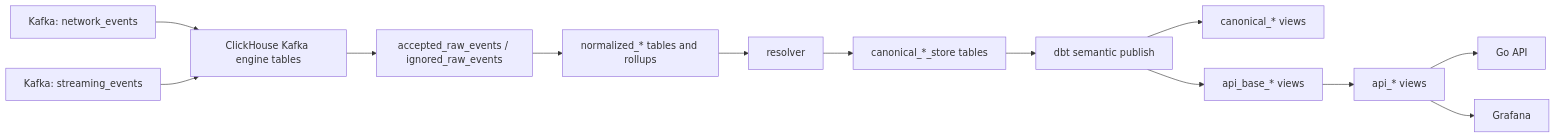
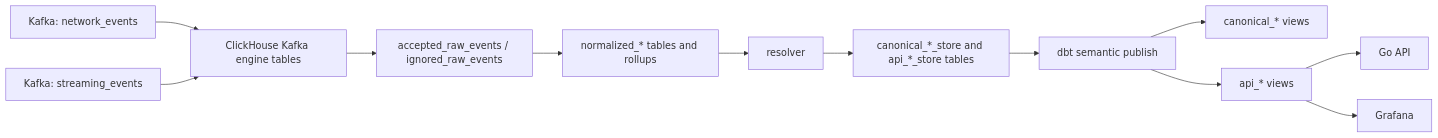
The first of 4 diagrams in docs/design-docs/system-visuals.md (Cloud-SPE/livepeer-naap-analytics), drawn with Mermaid before and after one commit. The commit also changed other lines of this file and 15 other files, not shown here.

````diff
--- a/docs/design-docs/system-visuals.md
+++ b/docs/design-docs/system-visuals.md
@@ -9,29 +9,27 @@
 ```mermaid
 flowchart LR
     K1[Kafka: network_events]
     K2[Kafka: streaming_events]
     CHK[ClickHouse Kafka engine tables]
     RAW[accepted_raw_events / ignored_raw_events]
     NORM[normalized_* tables and rollups]
     RES[resolver]
-    CSTORE[canonical_*_store tables]
+    CSTORE[canonical_*_store and api_*_store tables]
     DBT[dbt semantic publish]
     CVIEW[canonical_* views]
-    ABASE[api_base_* views]
     AVIEW[api_* views]
     API[Go API]
     GRAF[Grafana]
 
     K1 --> CHK
     K2 --> CHK
     CHK --> RAW
     RAW --> NORM
     NORM --> RES
     RES --> CSTORE
     CSTORE --> DBT
     DBT --> CVIEW
-    DBT --> ABASE
-    ABASE --> AVIEW
+    DBT --> AVIEW
     AVIEW --> API
     AVIEW --> GRAF
 ```
````
